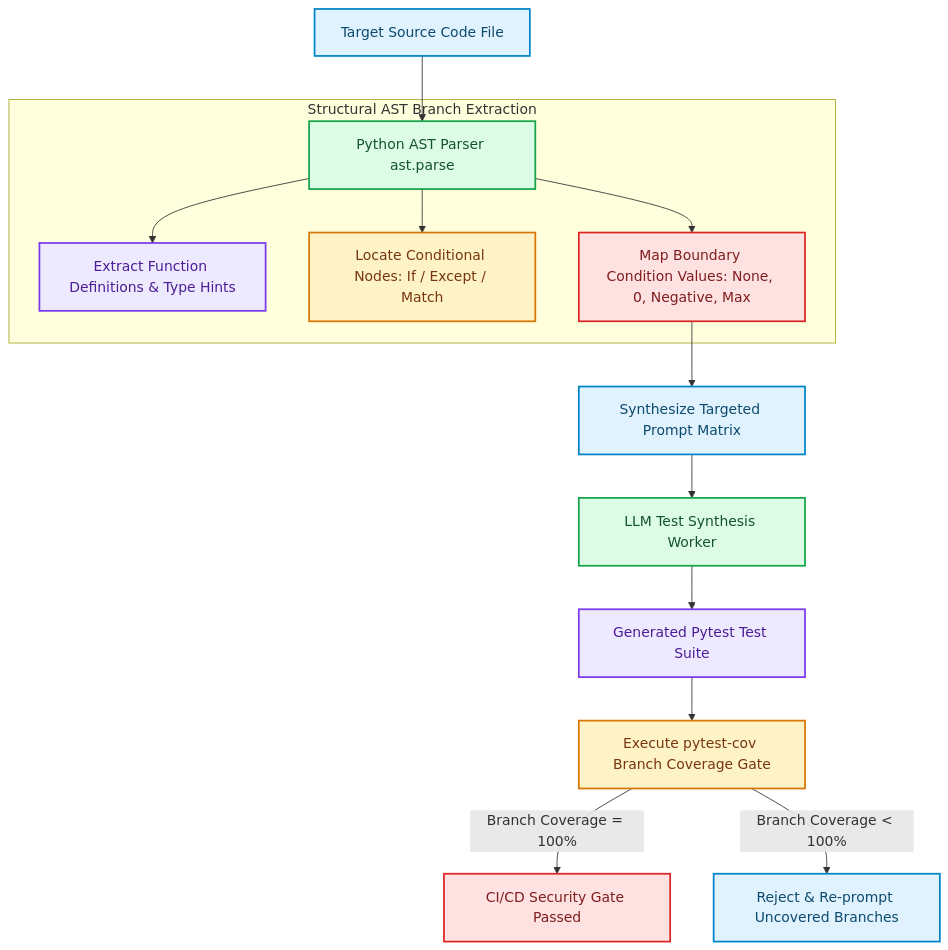
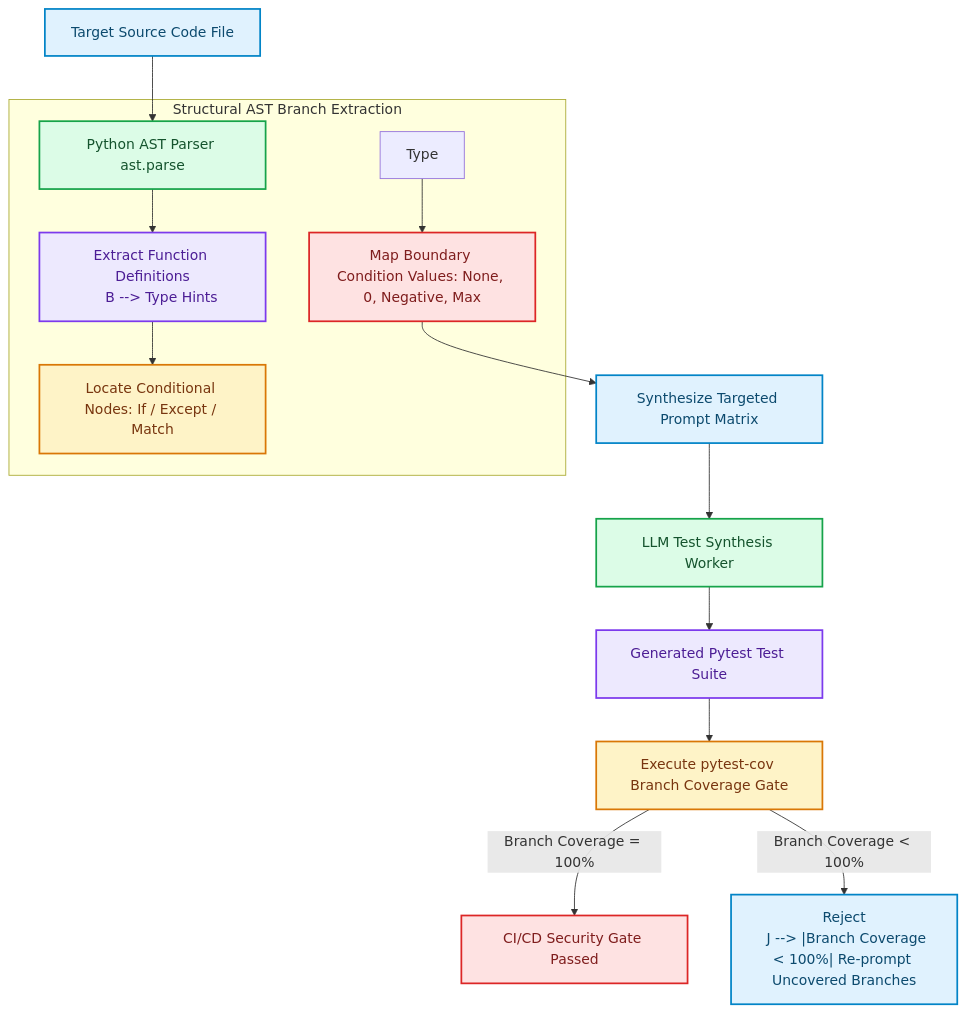
One commit to akmalkhaniub/akmalkhaniub.github.io changed the diagram in blog/posts/automated-ast-test-generation-coverage-enforcement.md. Above: the diagram before and after it, drawn with Mermaid. The commit also changed other lines of this file and 894 other files, not shown here.

Commit message:
feat(blog): upgrade all 444 posts with unique staggered dates, 2-col Mermaid spines, benchmark tables, code blocks, and trade-offs

````diff
--- a/blog/posts/automated-ast-test-generation-coverage-enforcement.md
+++ b/blog/posts/automated-ast-test-generation-coverage-enforcement.md
@@ -19,30 +19,32 @@
 ```mermaid
 flowchart TD
   A["Target Source Code File"] --> B["Python AST Parser ast.parse"]
   
   subgraph SG1_StructuralAstBranch ["Structural AST Branch Extraction"]
-    B --> C["Extract Function Definitions & Type Hints"]
-    B --> D["Locate Conditional Nodes: If / Except / Match"]
-    B --> E["Map Boundary Condition Values: None, 0, Negative, Max"]
+    B --> C["Extract Function Definitions
+    B --> Type Hints"]
+    C --> D["Locate Conditional Nodes: If / Except / Match"]
+    Type --> E["Map Boundary Condition Values: None, 0, Negative, Max"]
   end
   
   E --> F["Synthesize Targeted Prompt Matrix"]
   F --> G["LLM Test Synthesis Worker"]
   
   G --> H["Generated Pytest Test Suite"]
   H --> I["Execute pytest-cov Branch Coverage Gate"]
   
   I -->|Branch Coverage = 100%| J[" CI/CD Security Gate Passed"]
-  I -->|Branch Coverage < 100%| K[" Reject & Re-prompt Uncovered Branches"]
+  I --> |Branch Coverage < 100%| K[" Reject
+  J --> |Branch Coverage < 100%| Re-prompt Uncovered Branches"]
 
 classDef green fill:#dcfce7,stroke:#16a34a,stroke-width:2px,color:#14532d;
 classDef red fill:#fee2e2,stroke:#dc2626,stroke-width:2px,color:#7f1d1d;
 classDef blue fill:#e0f2fe,stroke:#0284c7,stroke-width:2px,color:#0c4a6e;
 classDef yellow fill:#fef3c7,stroke:#d97706,stroke-width:2px,color:#78350f;
 classDef purple fill:#ede9fe,stroke:#7c3aed,stroke-width:2px,color:#4c1d95;
 class A,F,K blue
 class B,G green
 class C,H purple
 class D,I yellow
 class E,J red
 ```
````
